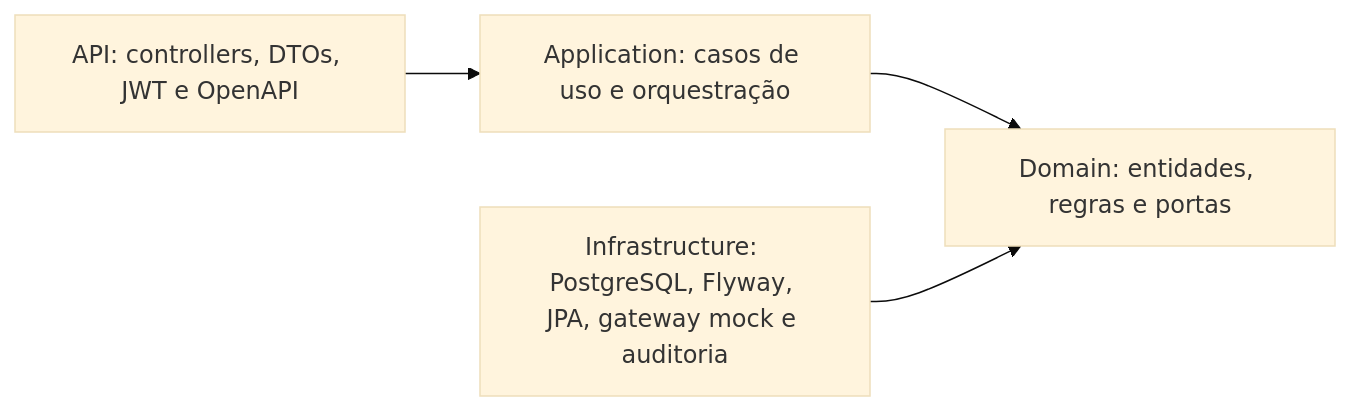
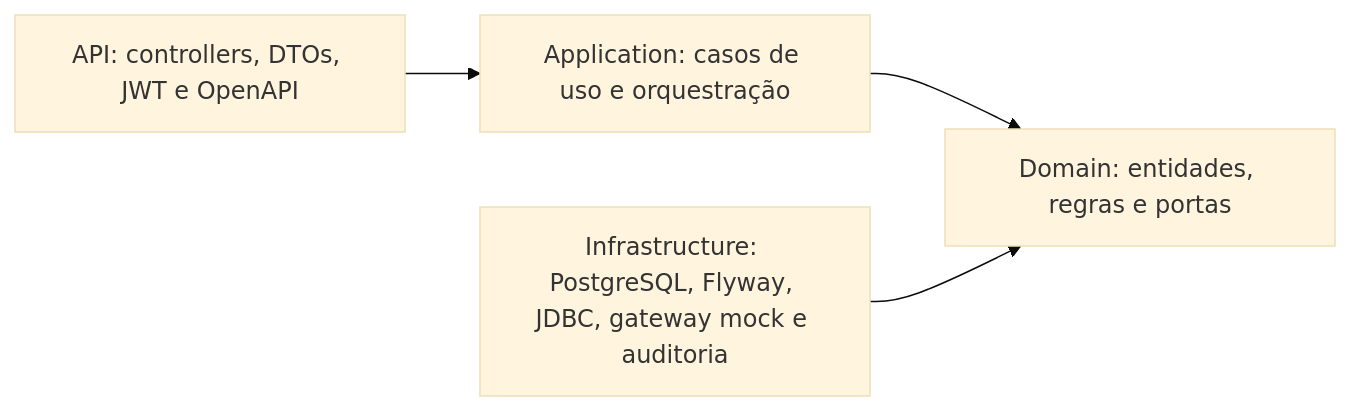
One commit to AndersonGabrielCalasans/raizes-nordeste-backend changed the diagram in docs/arquitetura/arquitetura.md. Above: the diagram before and after it, drawn with Mermaid (base theme). The commit also changed other lines of this file and 35 other files, not shown here.

````diff
--- a/docs/arquitetura/arquitetura.md
+++ b/docs/arquitetura/arquitetura.md
@@ -7,11 +7,11 @@
 ```mermaid
 flowchart LR
     api[API: controllers, DTOs, JWT e OpenAPI]
     app[Application: casos de uso e orquestração]
     domain[Domain: entidades, regras e portas]
-    infra[Infrastructure: PostgreSQL, Flyway, JPA, gateway mock e auditoria]
+    infra[Infrastructure: PostgreSQL, Flyway, JDBC, gateway mock e auditoria]
 
     api --> app
     app --> domain
     infra --> domain
 ```
````
